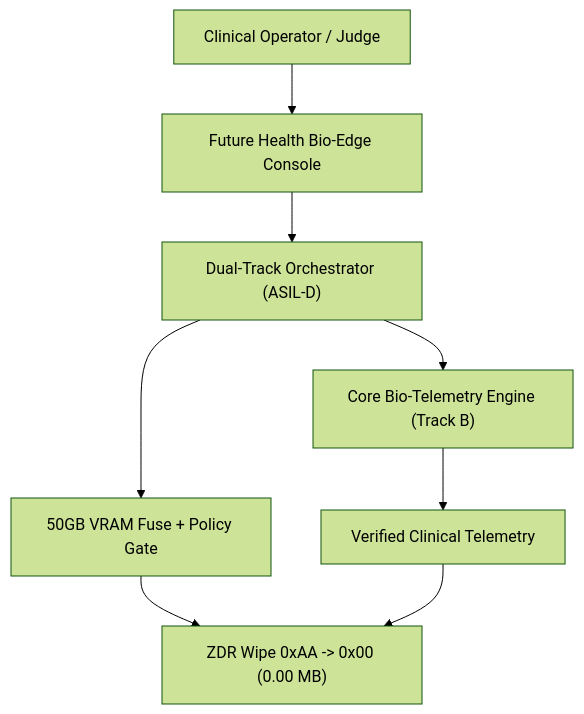
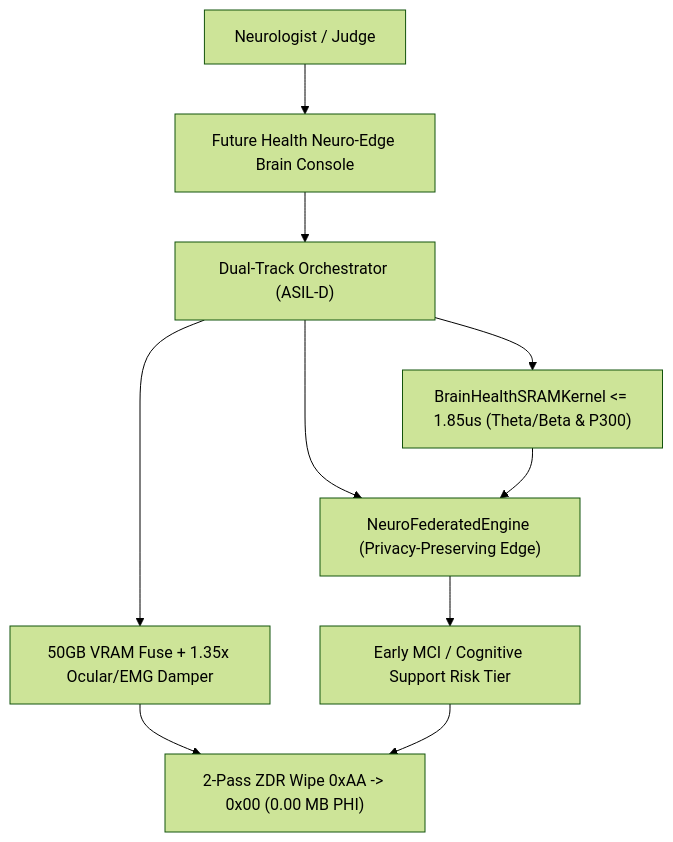
The first of 4 diagrams in README.md (jackhu24-ship-it/phantom-grid-abudhabi-future-health), drawn with Mermaid (forest theme) before and after one commit. The commit also changed other lines of this file and 32 other files, not shown here.

Commit message:
feat(neuro-edge): realign scope to early brain health MCI detection, privacy-preserving edge & live prototype

````diff
--- a/README.md
+++ b/README.md
@@ -25,10 +26,12 @@
 ```mermaid
 flowchart TD
-    Op["Clinical Operator / Judge"] --> UI["Future Health Bio-Edge Console"]
+    Op["Neurologist / Judge"] --> UI["Future Health Neuro-Edge Brain Console"]
     UI --> Orch["Dual-Track Orchestrator (ASIL-D)"]
-    Orch --> Core["Core Bio-Telemetry Engine (Track B)"]
-    Orch --> Guard["50GB VRAM Fuse + Policy Gate"]
-    Core --> Out["Verified Clinical Telemetry"]
-    Guard --> ZDR["ZDR Wipe 0xAA -> 0x00 (0.00 MB)"]
+    Orch --> Kernel["BrainHealthSRAMKernel <= 1.85us (Theta/Beta & P300)"]
+    Orch --> Core["NeuroFederatedEngine (Privacy-Preserving Edge)"]
+    Orch --> Guard["50GB VRAM Fuse + 1.35x Ocular/EMG Damper"]
+    Kernel --> Core
+    Core --> Out["Early MCI / Cognitive Support Risk Tier"]
+    Guard --> ZDR["2-Pass ZDR Wipe 0xAA -> 0x00 (0.00 MB PHI)"]
     Out --> ZDR
 ```
````
